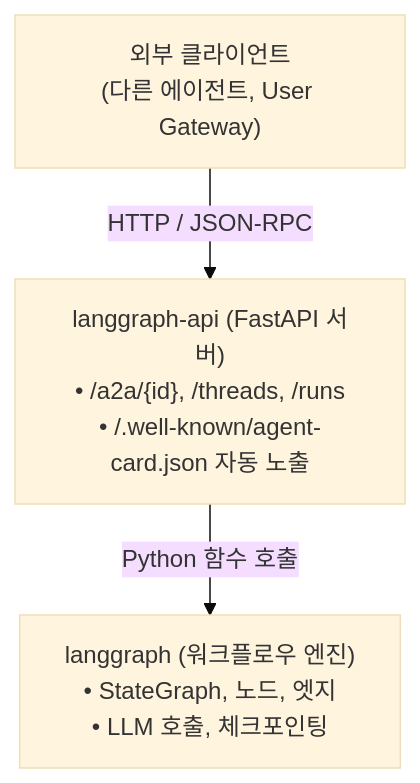
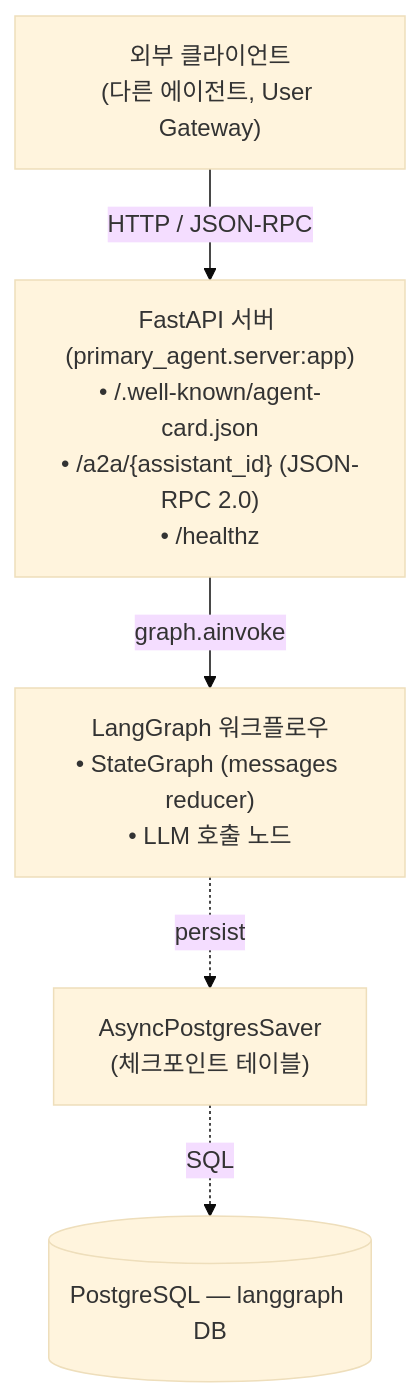
One commit to vonkernel/dev-team changed the diagram in docs/agent-runtime.md. Above: the diagram before and after it, drawn with Mermaid (base theme). The commit also changed other lines of this file and 21 other files, not shown here.

First line of the commit message:
feat: Primary agent — self-hosted FastAPI + OSS Postgres checkpointing (#6) (#22)

````diff
--- a/docs/agent-runtime.md
+++ b/docs/agent-runtime.md
@@ -23,9 +31,13 @@
 ```mermaid
 flowchart TB
     Ext["외부 클라이언트<br/>(다른 에이전트, User Gateway)"]
-    Api["langgraph-api (FastAPI 서버)<br/>• /a2a/{id}, /threads, /runs<br/>• /.well-known/agent-card.json 자동 노출"]
-    Core["langgraph (워크플로우 엔진)<br/>• StateGraph, 노드, 엣지<br/>• LLM 호출, 체크포인팅"]
+    Api["FastAPI 서버 (primary_agent.server:app)<br/>• /.well-known/agent-card.json<br/>• /a2a/{assistant_id} (JSON-RPC 2.0)<br/>• /healthz"]
+    Graph["LangGraph 워크플로우<br/>• StateGraph (messages reducer)<br/>• LLM 호출 노드"]
+    Saver["AsyncPostgresSaver<br/>(체크포인트 테이블)"]
+    PG[("PostgreSQL — langgraph DB")]
 
     Ext -->|HTTP / JSON-RPC| Api
-    Api -->|Python 함수 호출| Core
+    Api -->|graph.ainvoke| Graph
+    Graph -.persist.-> Saver
+    Saver -.->|SQL| PG
 ```
````
